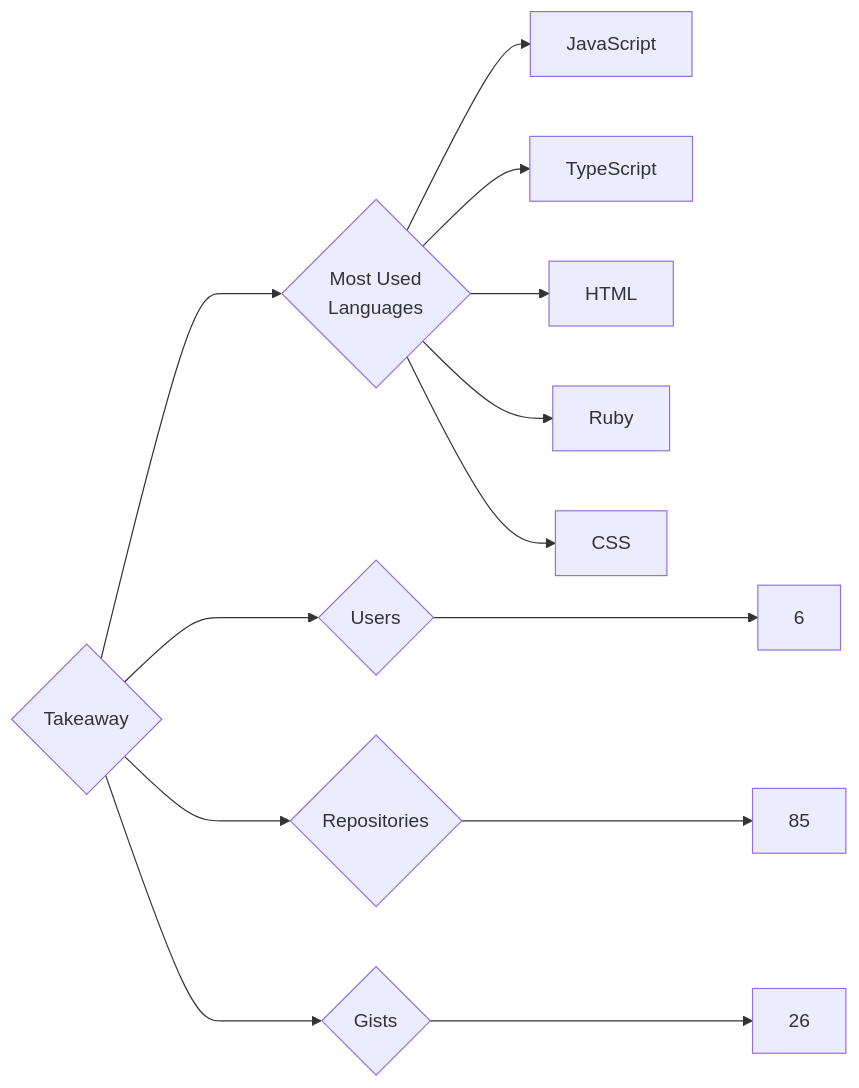
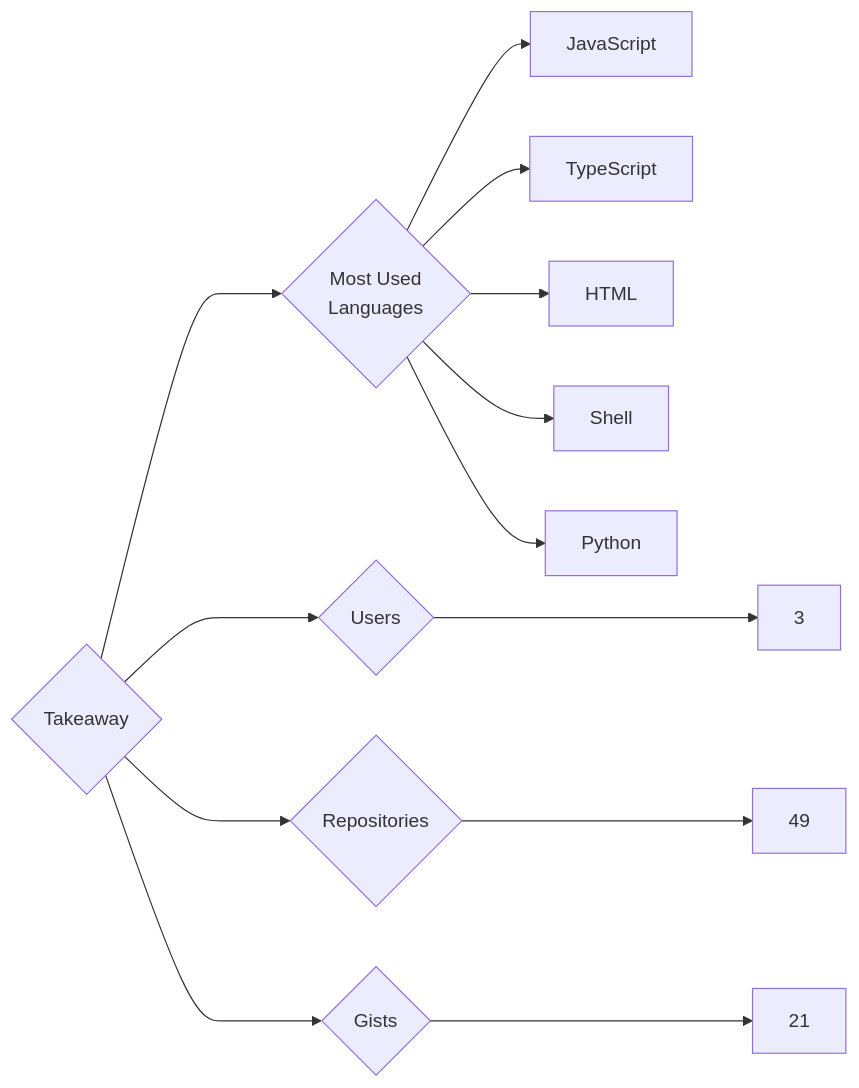
Before and after one commit to trickest/insiders: the diagram in targets/Takeaway/README.md, drawn with Mermaid. The commit also changed 976 other files, not shown here.

````diff
--- a/targets/Takeaway/README.md
+++ b/targets/Takeaway/README.md
@@ -3,13 +3,13 @@
 ```mermaid
 graph LR
 COMPANY_NAME{Takeaway}
-COMPANY_NAME ---> U{Users} ---> UN[6]
-COMPANY_NAME ---> R{Repositories} ---> RN[85]
-COMPANY_NAME ---> G{Gists} ---> GN[26]
+COMPANY_NAME ---> U{Users} ---> UN[3]
+COMPANY_NAME ---> R{Repositories} ---> RN[49]
+COMPANY_NAME ---> G{Gists} ---> GN[21]
 COMPANY_NAME ---> ML{Most Used<br>Languages}
 ML --> JavaScript[JavaScript]
 ML --> TypeScript[TypeScript]
 ML --> HTML[HTML]
-ML --> Ruby[Ruby]
-ML --> CSS[CSS]
+ML --> Shell[Shell]
+ML --> Python[Python]
 ```
````
